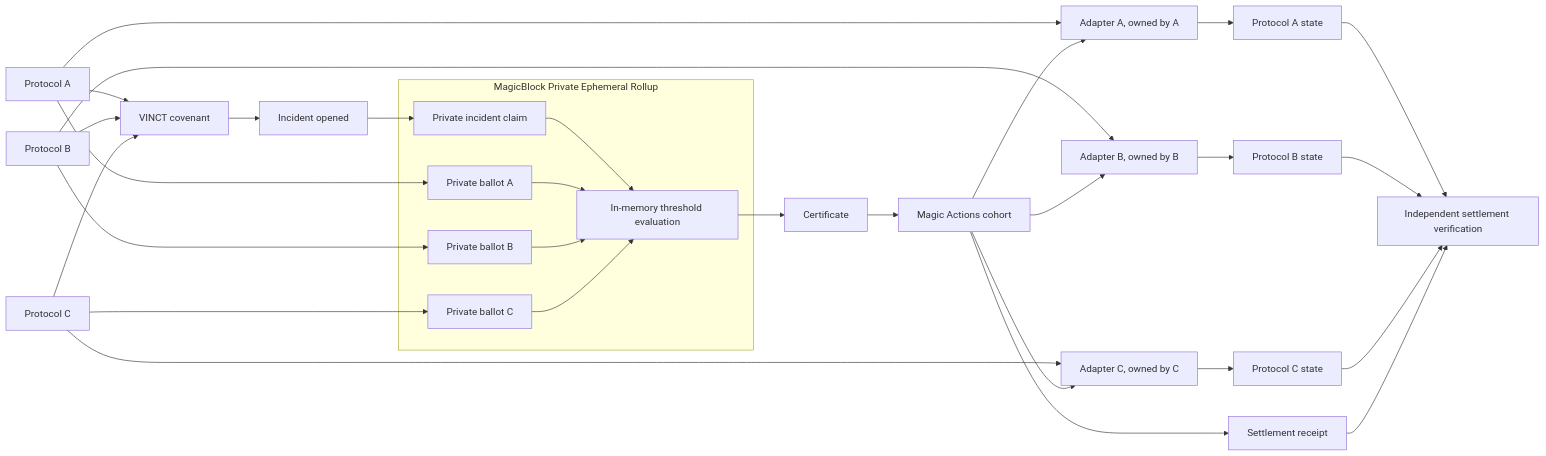
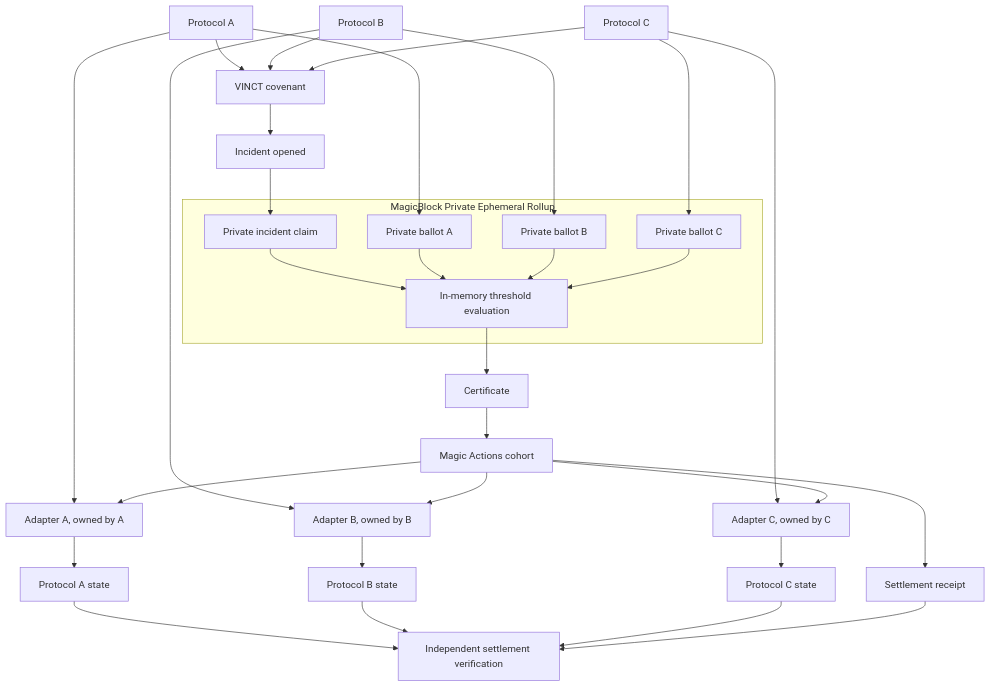
One commit to winsznx/vinct changed the diagram in README.md. Above: the diagram before and after it, drawn with Mermaid. The commit also changed 1 other file, not shown here.

Commit message:
Draw every flowchart top-down
Three flowcharts, two left-to-right and one TB. Left-to-right runs wide,
and the README's is twenty nodes, so on GitHub it renders small enough to
be decoration rather than something a reader can follow. Top-down matches
the direction the system actually runs and the direction a page scrolls.

TB and TD are the same graph to mermaid. Written as TD so all three read
the same way in the source.

The sequence diagram is unchanged; it has no direction to set and its time
axis already runs down the page.

````diff
--- a/README.md
+++ b/README.md
@@ -171,47 +171,47 @@
 ```mermaid
-flowchart LR
+flowchart TD
     A[Protocol A] --> CA[Adapter A, owned by A]
     B[Protocol B] --> CB[Adapter B, owned by B]
     C[Protocol C] --> CC[Adapter C, owned by C]
 
     A --> V[VINCT covenant]
     B --> V
     C --> V
 
     V --> I[Incident opened]
 
     subgraph PER[MagicBlock Private Ephemeral Rollup]
         CL[Private incident claim]
         BA[Private ballot A]
         BB[Private ballot B]
         BC[Private ballot C]
         CERT[In-memory threshold evaluation]
     end
 
     I --> CL
     A --> BA
     B --> BB
     C --> BC
 
     CL --> CERT
     BA --> CERT
     BB --> CERT
     BC --> CERT
 
     CERT --> X[Certificate]
     X --> MA[Magic Actions cohort]
 
     MA --> CA
     MA --> CB
     MA --> CC
     MA --> R[Settlement receipt]
 
     CA --> PA[Protocol A state]
     CB --> PB[Protocol B state]
     CC --> PC[Protocol C state]
 
     PA --> OBS[Independent settlement verification]
     PB --> OBS
     PC --> OBS
     R --> OBS
 ```
````
